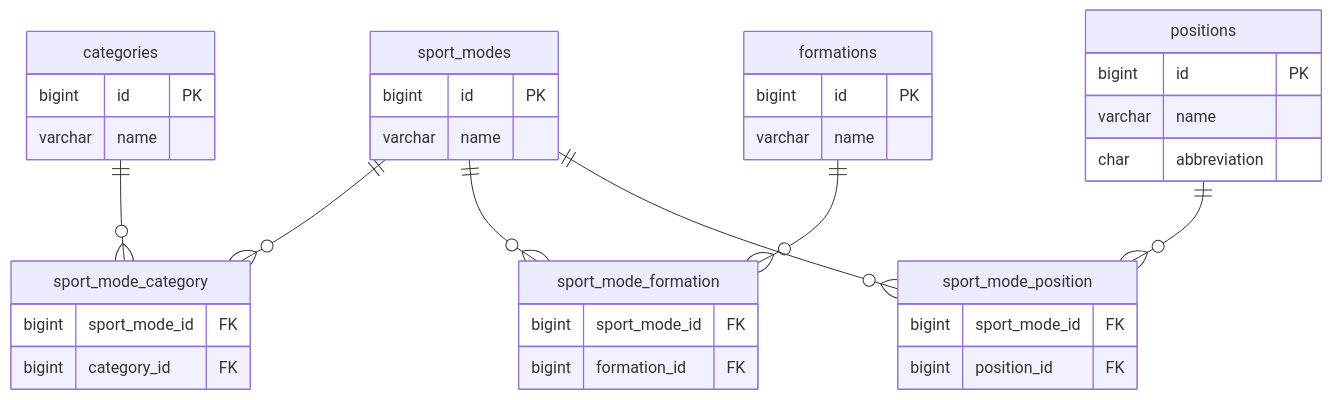
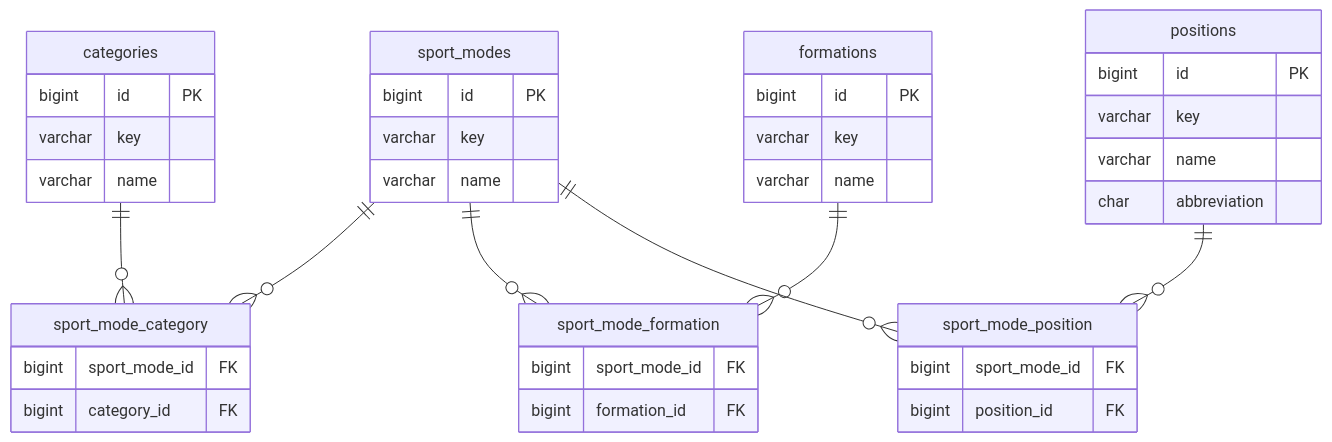
The second of 7 diagrams in docs/database/schema.md (marcospfms/myclub-core), drawn with Mermaid before and after one commit. The commit also changed other lines of this file and 7 other files, not shown here.

````diff
--- a/docs/database/schema.md
+++ b/docs/database/schema.md
@@ -254,39 +278,43 @@
 ```mermaid
 erDiagram
     sport_modes {
         bigint id PK
+        varchar key
         varchar name
     }
     categories {
         bigint id PK
+        varchar key
         varchar name
     }
     positions {
         bigint id PK
+        varchar key
         varchar name
         char abbreviation
     }
     formations {
         bigint id PK
+        varchar key
         varchar name
     }
     sport_mode_category {
         bigint sport_mode_id FK
         bigint category_id FK
     }
     sport_mode_formation {
         bigint sport_mode_id FK
         bigint formation_id FK
     }
     sport_mode_position {
         bigint sport_mode_id FK
         bigint position_id FK
     }
 
     sport_modes ||--o{ sport_mode_category : ""
     categories ||--o{ sport_mode_category : ""
     sport_modes ||--o{ sport_mode_formation : ""
     formations ||--o{ sport_mode_formation : ""
     sport_modes ||--o{ sport_mode_position : ""
     positions ||--o{ sport_mode_position : ""
 ```
````
